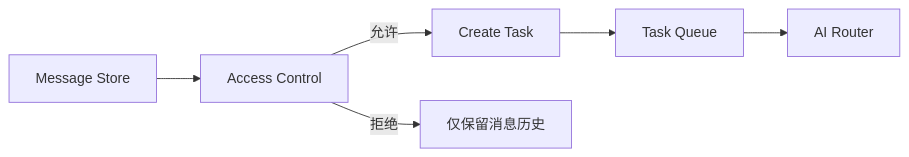
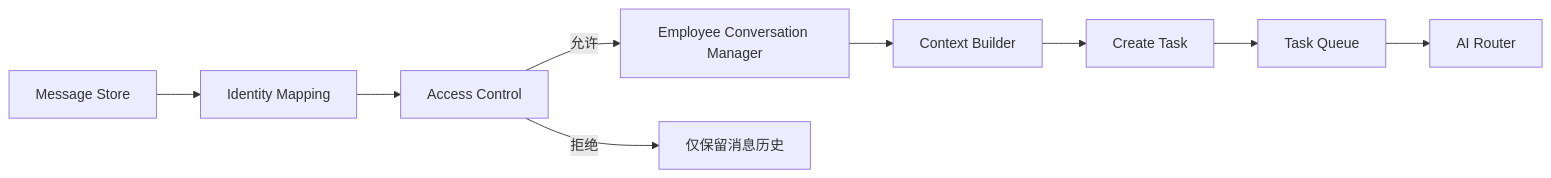
One commit to Tangbohu09527/CF_ecommerce-automation-docs changed the third of 4 diagrams in architecture/gateway-architecture.md. Above: the diagram before and after it, drawn with Mermaid. The commit also changed other lines of this file and 9 other files, not shown here.

````diff
--- a/architecture/gateway-architecture.md
+++ b/architecture/gateway-architecture.md
@@ -227,8 +259,11 @@
 ```mermaid
 flowchart LR
-    M["Message Store"] --> P["Access Control"]
-    P -->|"允许"| T["Create Task"]
+    M["Message Store"] --> I["Identity Mapping"]
+    I --> P["Access Control"]
+    P -->|"允许"| E["Employee Conversation Manager"]
     P -->|"拒绝"| H["仅保留消息历史"]
+    E --> C["Context Builder"]
+    C --> T["Create Task"]
     T --> Q["Task Queue"]
     Q --> R["AI Router"]
 ```
````
